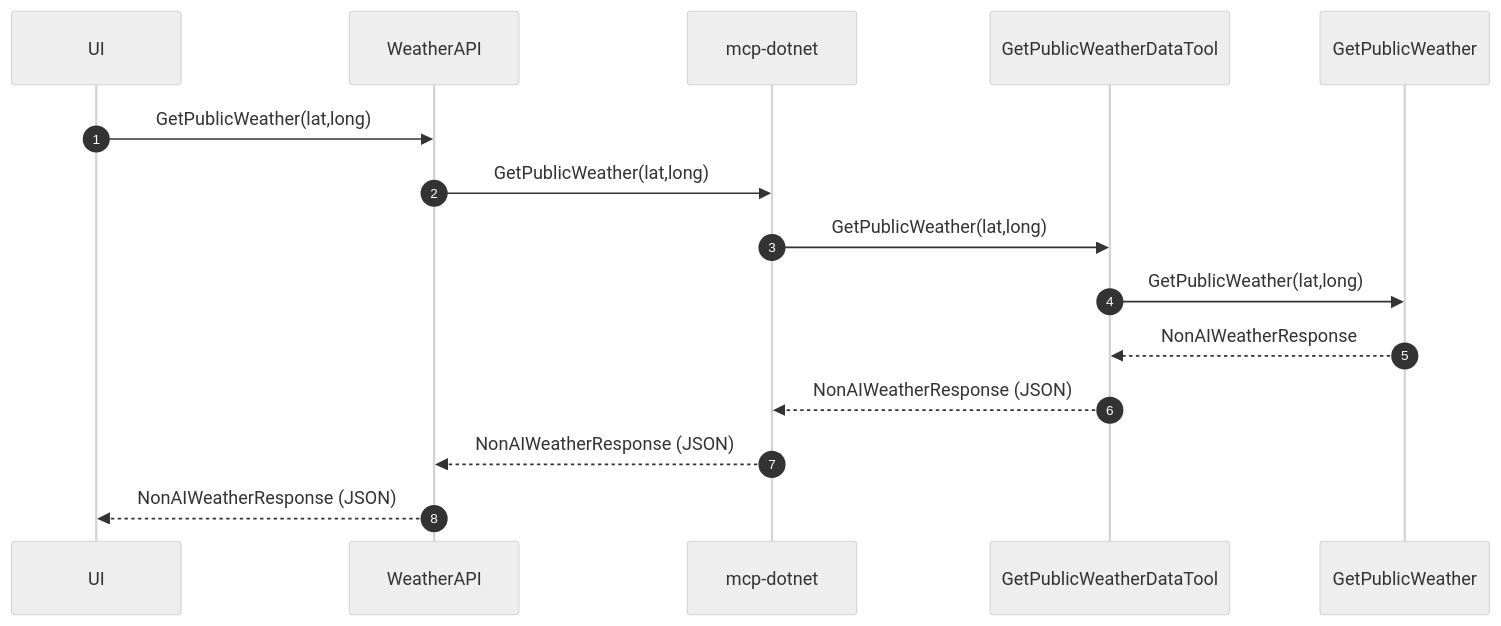
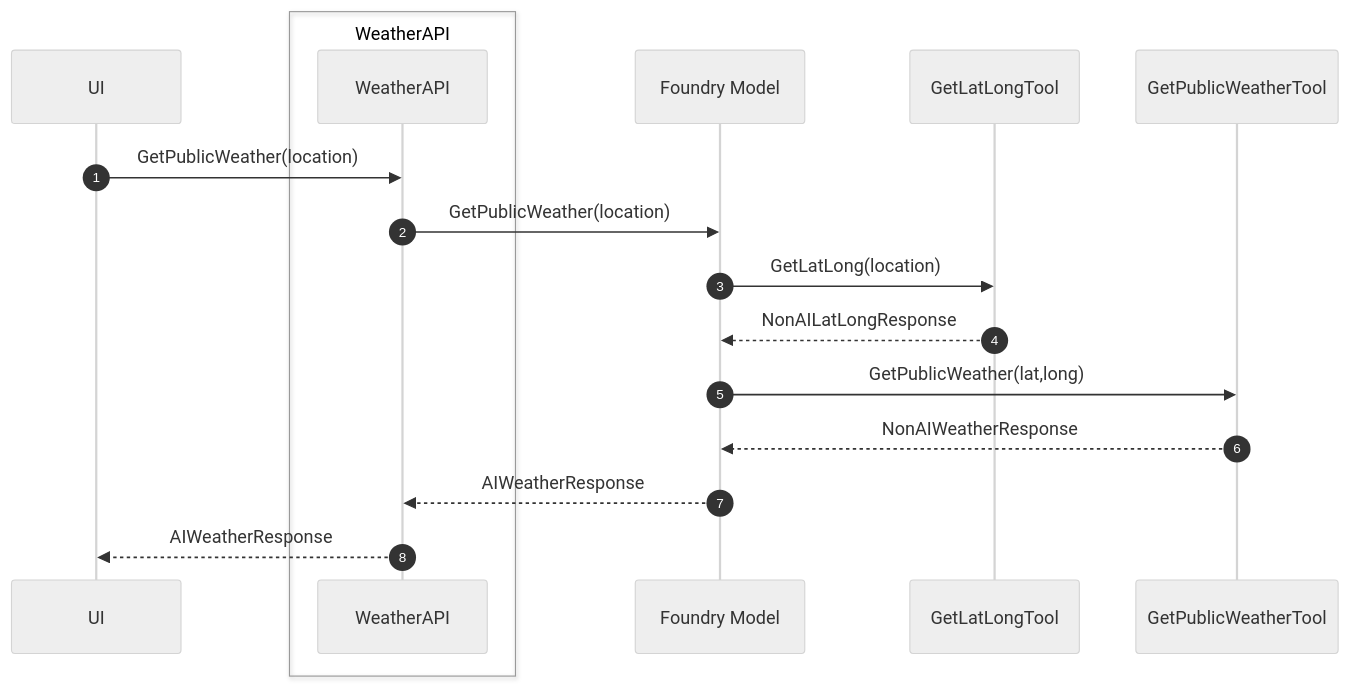
The second of 2 diagrams in docs/3-foundry-mcp/agents-models-mcp.md (dustinkorzaan/weather-1116), drawn with Mermaid (neutral theme) before and after one commit. The commit also changed other lines of this file, not shown here.

Commit message:
Align V4 sequence diagram with V3; MCP tools right of Foundry Model

````diff
--- a/docs/3-foundry-mcp/agents-models-mcp.md
+++ b/docs/3-foundry-mcp/agents-models-mcp.md
@@ -98,18 +85,20 @@
   ```mermaid
   sequenceDiagram
       autonumber
       participant UI
-      participant API as WeatherAPI
-      participant MCP as mcp-dotnet
-      participant Tool as GetPublicWeatherDataTool
-      participant GetPublicWeather
+      box WeatherAPI
+          participant API as WeatherAPI
+      end
+      participant Model as Foundry Model
+      participant GetLatLongTool
+      participant GetPublicWeatherTool
 
-      UI->>API: GetPublicWeather(lat,long)
-      API->>MCP: GetPublicWeather(lat,long)
-      MCP->>Tool: GetPublicWeather(lat,long)
-      Tool->>GetPublicWeather: GetPublicWeather(lat,long)
-      GetPublicWeather-->>Tool: NonAIWeatherResponse
-      Tool-->>MCP: NonAIWeatherResponse (JSON)
-      MCP-->>API: NonAIWeatherResponse (JSON)
-      API-->>UI: NonAIWeatherResponse (JSON)
+      UI->>API: GetPublicWeather(location)
+      API->>Model: GetPublicWeather(location)
+      Model->>GetLatLongTool: GetLatLong(location)
+      GetLatLongTool-->>Model: NonAILatLongResponse
+      Model->>GetPublicWeatherTool: GetPublicWeather(lat,long)
+      GetPublicWeatherTool-->>Model: NonAIWeatherResponse
+      Model-->>API: AIWeatherResponse
+      API-->>UI: AIWeatherResponse
   ```
````
